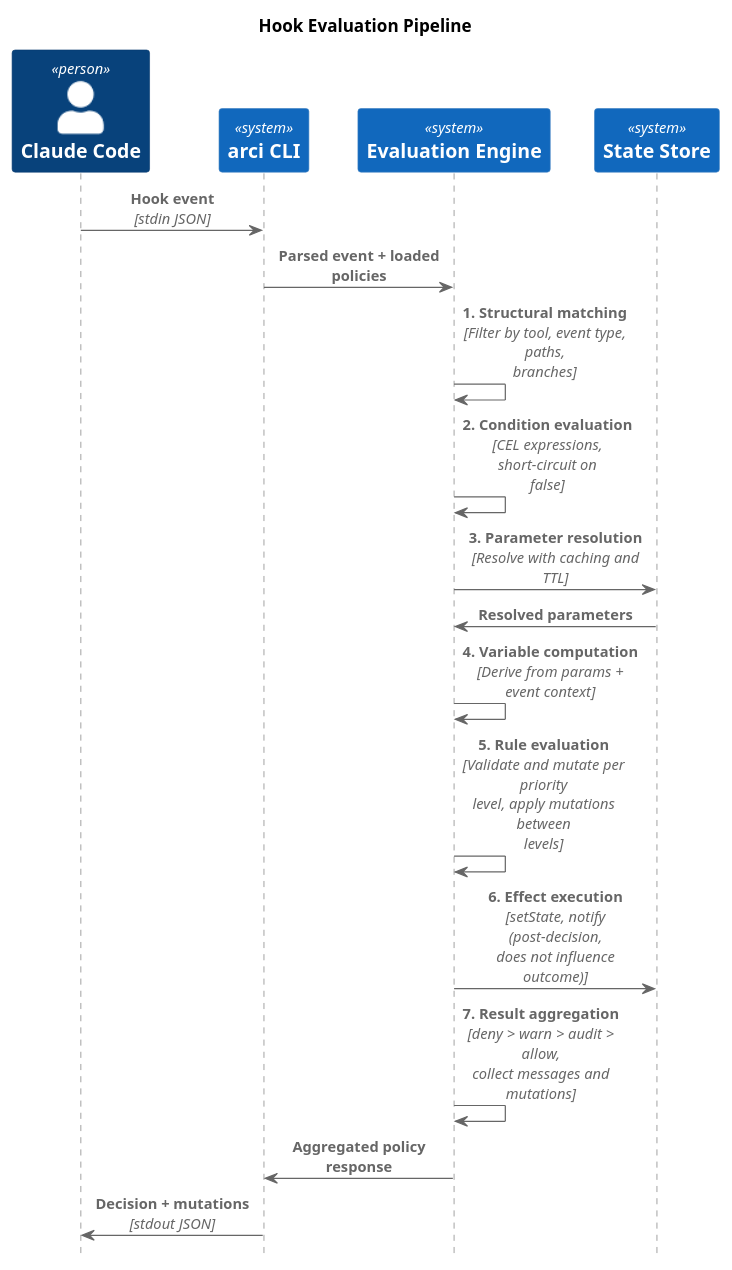
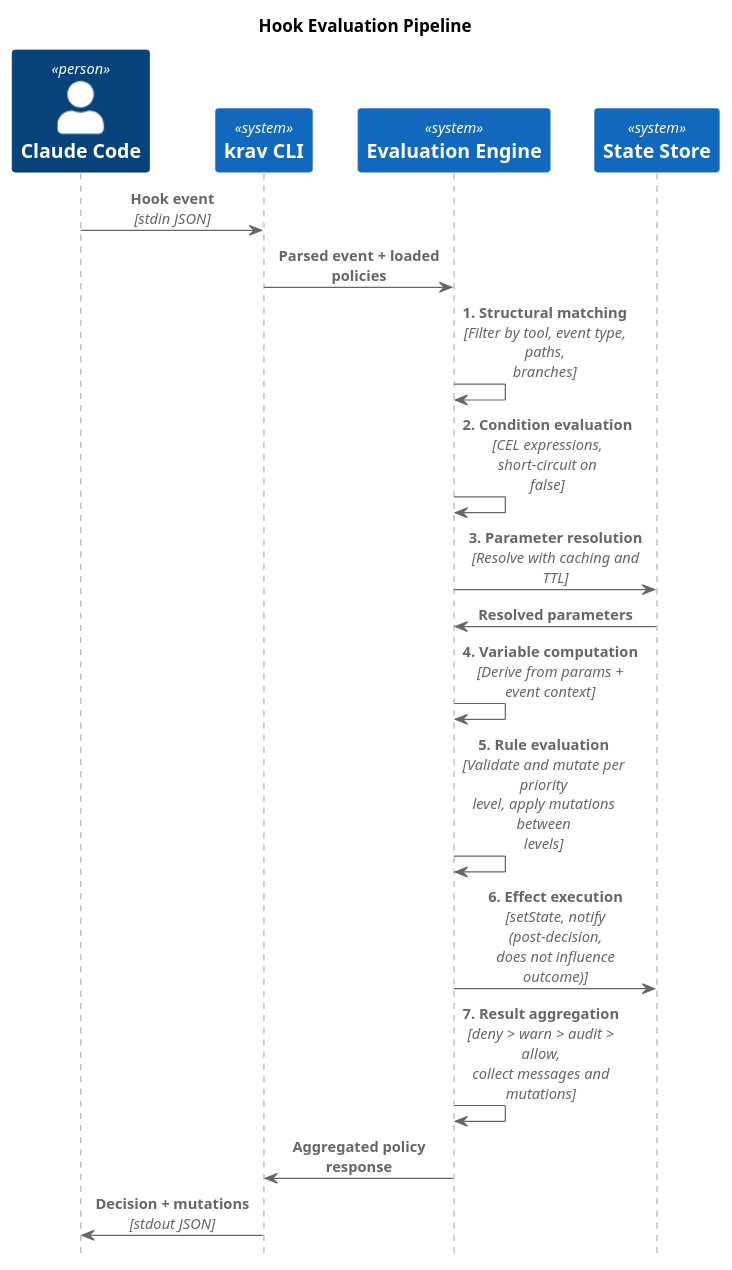
Before and after one commit to krav-sh/krav: the diagram in docs/design/hooks/execution-model.md, drawn with PlantUML. The commit also changed other lines of this file and 111 other files, not shown here.

````diff
--- a/docs/design/hooks/execution-model.md
+++ b/docs/design/hooks/execution-model.md
@@ -319,26 +319,26 @@
 ```plantuml
 @startuml
 !include https://raw.githubusercontent.com/plantuml-stdlib/C4-PlantUML/master/C4_Sequence.puml
 
 title Hook Evaluation Pipeline
 
 Person(claude, "Claude Code", "Fires hook events")
-System(cli, "arci CLI", "Hook entry point (arci hook apply)")
+System(cli, "krav CLI", "Hook entry point (krav hook apply)")
 System(engine, "Evaluation Engine", "Policy evaluation pipeline")
 SystemDb(state, "State Store", "Session and project state")
 
 Rel(claude, cli, "Hook event", "stdin JSON")
 Rel(cli, engine, "Parsed event + loaded policies")
 Rel(engine, engine, "1. Structural matching", "Filter by tool, event type, paths, branches")
 Rel(engine, engine, "2. Condition evaluation", "CEL expressions, short-circuit on false")
 Rel(engine, state, "3. Parameter resolution", "Resolve with caching and TTL")
 Rel(state, engine, "Resolved parameters")
 Rel(engine, engine, "4. Variable computation", "Derive from params + event context")
 Rel(engine, engine, "5. Rule evaluation", "Validate and mutate per priority level, apply mutations between levels")
 Rel(engine, state, "6. Effect execution", "setState, notify (post-decision, does not influence outcome)")
 Rel(engine, engine, "7. Result aggregation", "deny > warn > audit > allow, collect messages and mutations")
 Rel(engine, cli, "Aggregated policy response")
 Rel(cli, claude, "Decision + mutations", "stdout JSON")
 
 @enduml
 ```
````
